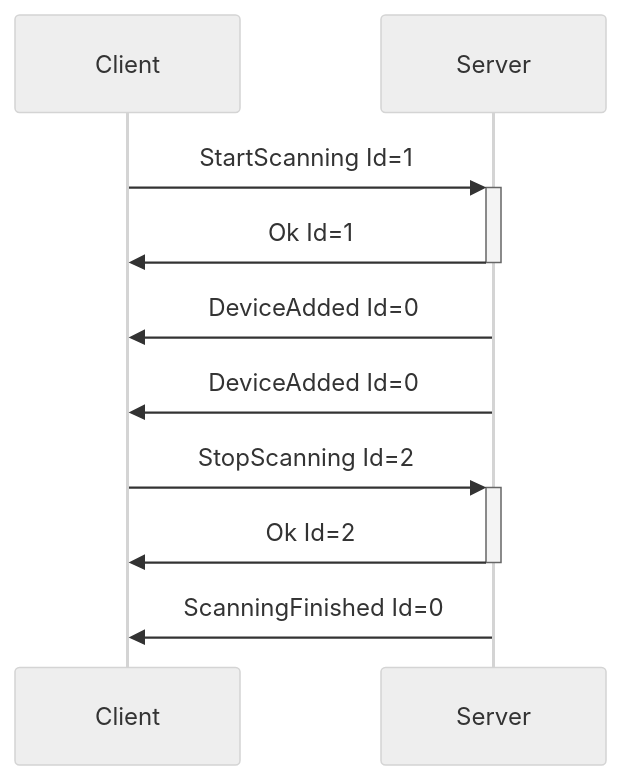
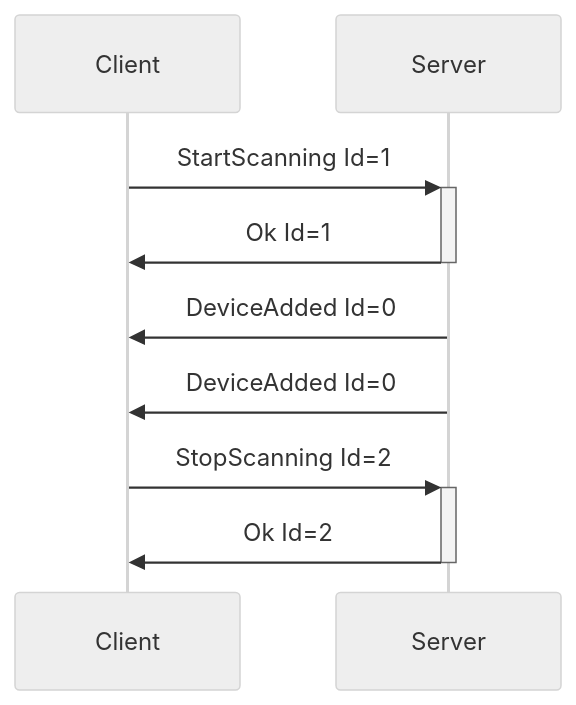
Before and after one commit to buttplugio/docs.buttplug.io: the second of 7 diagrams in docs/spec/enumeration.md, drawn with Mermaid (neutral theme).

Commit message:
Remove ScanningFinished from the StopScanning flow

````diff
--- a/docs/spec/enumeration.md
+++ b/docs/spec/enumeration.md
@@ -66,10 +66,9 @@
 ```mermaid
 sequenceDiagram
     Client->>+Server: StartScanning Id=1
     Server->>-Client: Ok Id=1
     Server->>Client: DeviceAdded Id=0
     Server->>Client: DeviceAdded Id=0
     Client->>+Server: StopScanning Id=2
     Server->>-Client: Ok Id=2
-    Server->>Client: ScanningFinished Id=0
 ```
````
